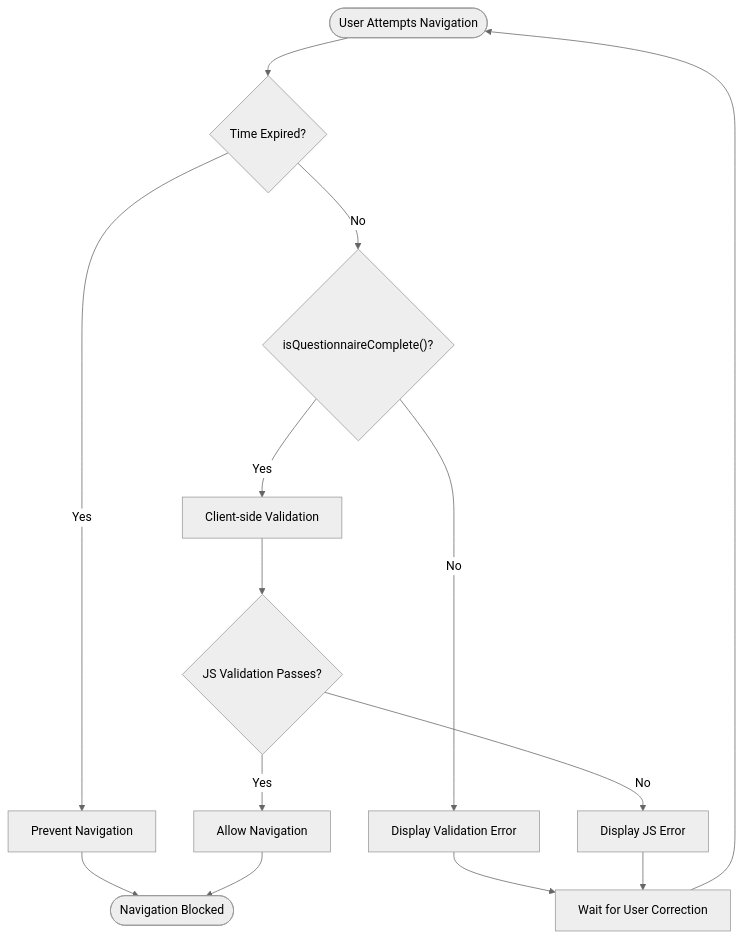
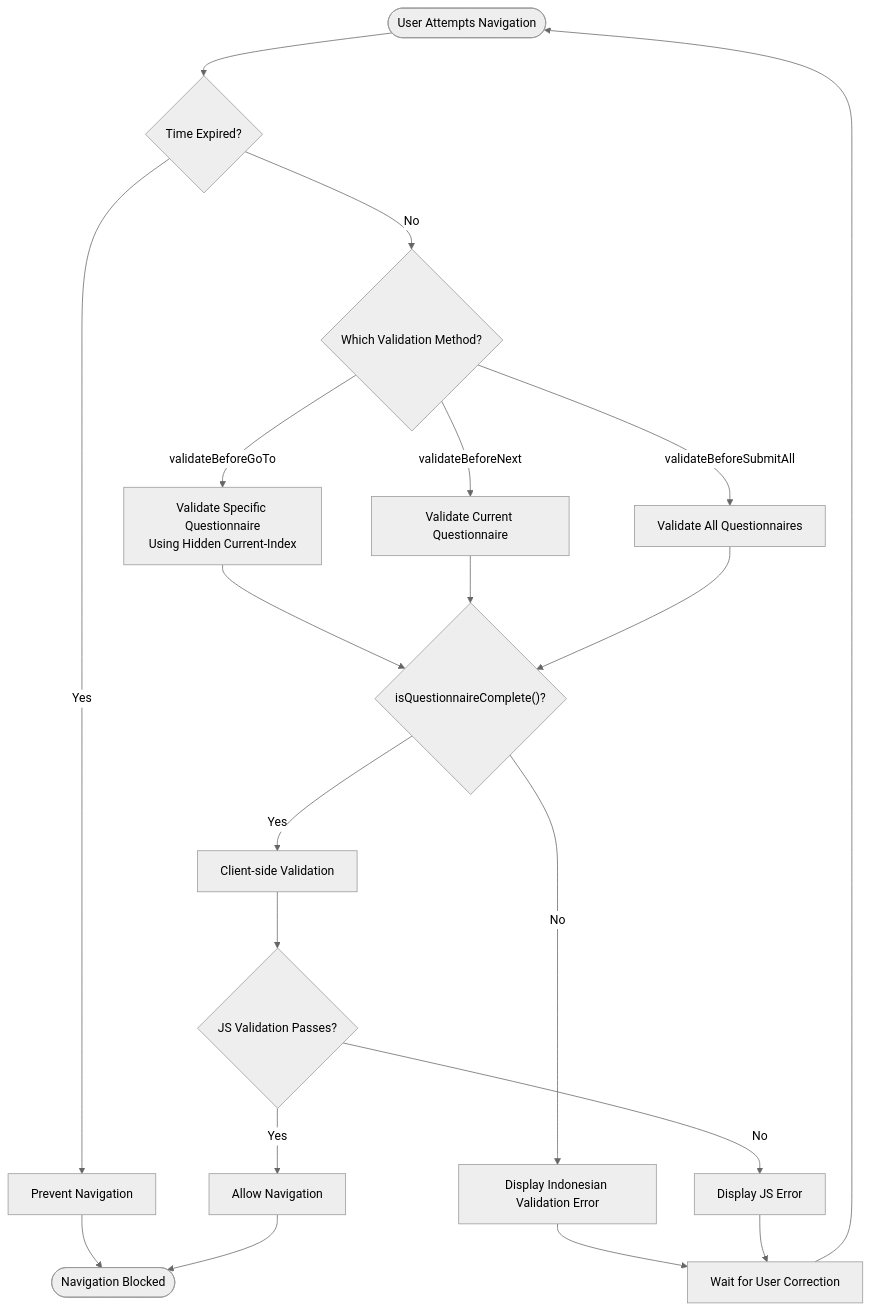
The second of 9 diagrams in .qoder/repowiki/en/content/Core Features/Evaluation Workflows/Questionnaire Filling Interface.md (rudicatsmile/assesment360), drawn with Mermaid (neutral theme) before and after one commit. The commit also changed other lines of this file and 6 other files, not shown here.

First line of the commit message:
feat(frontend): enhance questionnaire navigation and validation system

````diff
--- a/.qoder/repowiki/en/content/Core Features/Evaluation Workflows/Questionnaire Filling Interface.md
+++ b/.qoder/repowiki/en/content/Core Features/Evaluation Workflows/Questionnaire Filling Interface.md
@@ -190,16 +202,22 @@
 ```mermaid
 flowchart TD
 Start(["User Attempts Navigation"]) --> CheckTime{"Time Expired?"}
 CheckTime --> |Yes| Prevent["Prevent Navigation"]
-CheckTime --> |No| CheckComplete{"isQuestionnaireComplete()?"}
-CheckComplete --> |No| ShowError["Display Validation Error"]
+CheckTime --> |No| CheckMethod{"Which Validation Method?"}
+CheckMethod --> |validateBeforeGoTo| ValidateGoTo["Validate Specific Questionnaire<br/>Using Hidden Current-Index"]
+CheckMethod --> |validateBeforeNext| ValidateNext["Validate Current Questionnaire"]
+CheckMethod --> |validateBeforeSubmitAll| ValidateAll["Validate All Questionnaires"]
+ValidateGoTo --> CheckComplete{"isQuestionnaireComplete()?"}
+ValidateNext --> CheckComplete
+ValidateAll --> CheckComplete
+CheckComplete --> |No| ShowError["Display Indonesian Validation Error"]
 CheckComplete --> |Yes| CheckJS["Client-side Validation"]
 CheckJS --> JSError{"JS Validation Passes?"}
 JSError --> |No| ShowJSError["Display JS Error"]
 JSError --> |Yes| AllowNav["Allow Navigation"]
 ShowError --> Wait["Wait for User Correction"]
 ShowJSError --> Wait
 Wait --> Start
 Prevent --> End(["Navigation Blocked"])
 AllowNav --> End
 ```
````
